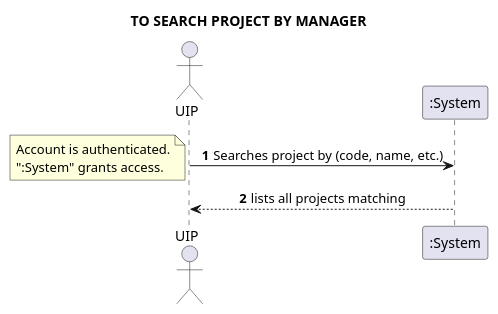
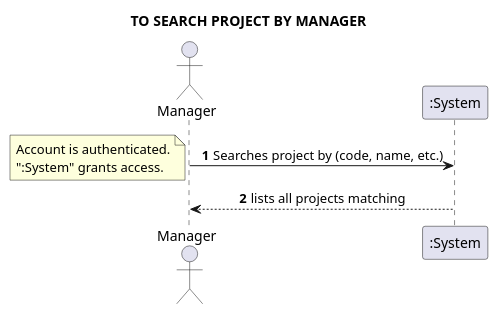
Diagram 11 of 26 in docs/requirements_gathering/system_sequence_diagrams/System_Sequence_Diagram.puml (Loracline/project_switch_22-23), drawn with PlantUML before and after one commit. The commit also changed other lines of this file and 11 other files, not shown here.

```diff
--- a/docs/requirements_gathering/system_sequence_diagrams/System_Sequence_Diagram.puml
+++ b/docs/requirements_gathering/system_sequence_diagrams/System_Sequence_Diagram.puml
@@ -171,12 +171,12 @@
 @startuml
 skinparam sequenceMessageAlign center
 title TO SEARCH PROJECT BY MANAGER
-actor UIP
+actor "Manager"
 autonumber
-UIP -> ":System": Searches project by (code, name, etc.)
+"Manager" -> ":System": Searches project by (code, name, etc.)
 note left
 Account is authenticated.
 ":System" grants access.
 end note
-UIP <-- ":System": lists all projects matching
+"Manager" <-- ":System": lists all projects matching
 @enduml
```
